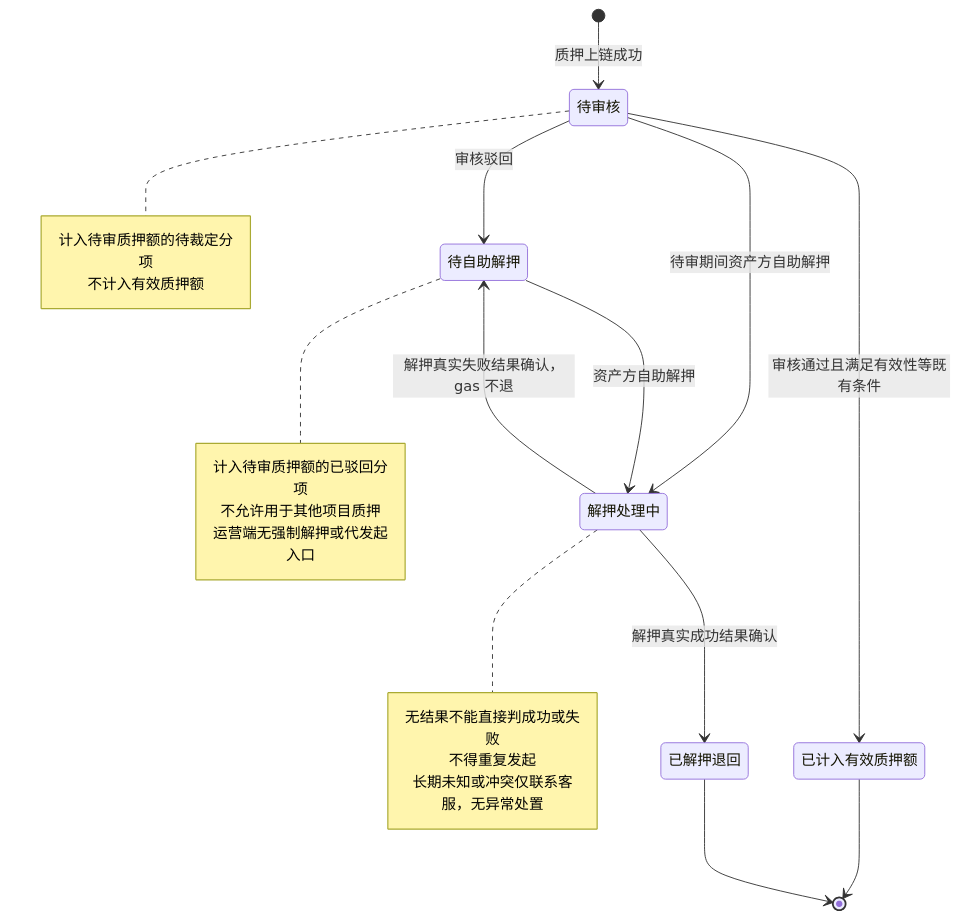
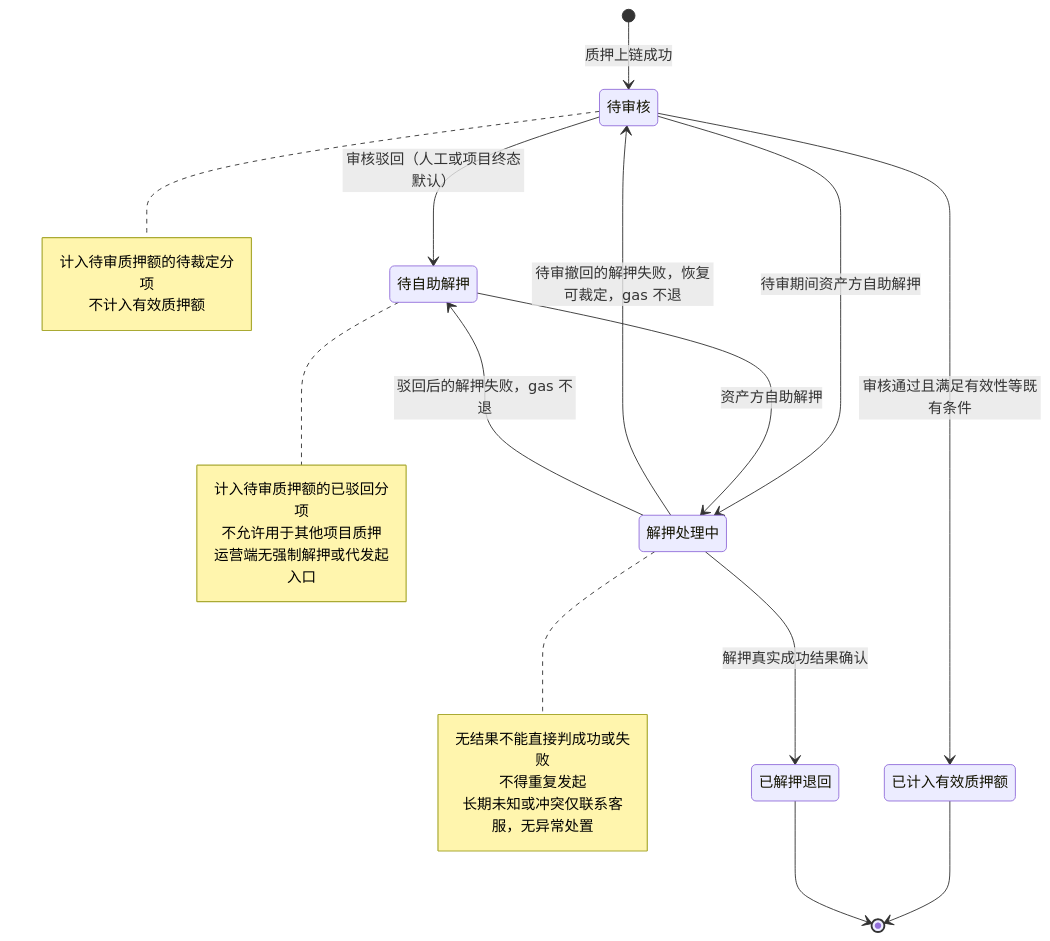
Before and after one commit to wxblockchain/Chain-Financing: the sixth of 6 diagrams in lending-platform/PRD/运营端/06-代币质押审核/02-代币质押审核-流程图与状态机.md, drawn with Mermaid. The commit also changed other lines of this file and 2 other files, not shown here.

First line of the commit message:
docs(WS-382): pending pledges default to rejected at project terminal, self-release

````diff
--- a/lending-platform/PRD/运营端/06-代币质押审核/02-代币质押审核-流程图与状态机.md
+++ b/lending-platform/PRD/运营端/06-代币质押审核/02-代币质押审核-流程图与状态机.md
@@ -196,31 +192,32 @@
 ```mermaid
 stateDiagram-v2
   state "待审核" as Pending
   state "已计入有效质押额" as Counted
   state "待自助解押" as ToRelease
   state "解押处理中" as Releasing
   state "已解押退回" as Returned
   [*] --> Pending: 质押上链成功
   Pending --> Counted: 审核通过且满足有效性等既有条件
-  Pending --> ToRelease: 审核驳回
+  Pending --> ToRelease: 审核驳回（人工或项目终态默认）
   Pending --> Releasing: 待审期间资产方自助解押
   ToRelease --> Releasing: 资产方自助解押
   Releasing --> Returned: 解押真实成功结果确认
-  Releasing --> ToRelease: 解押真实失败结果确认，gas 不退
+  Releasing --> Pending: 待审撤回的解押失败，恢复可裁定，gas 不退
+  Releasing --> ToRelease: 驳回后的解押失败，gas 不退
   Counted --> [*]
   Returned --> [*]
   note right of Pending
     计入待审质押额的待裁定分项
     不计入有效质押额
   end note
   note right of ToRelease
     计入待审质押额的已驳回分项
     不允许用于其他项目质押
     运营端无强制解押或代发起入口
   end note
   note right of Releasing
     无结果不能直接判成功或失败
     不得重复发起
     长期未知或冲突仅联系客服，无异常处置
   end note
 ```
````
